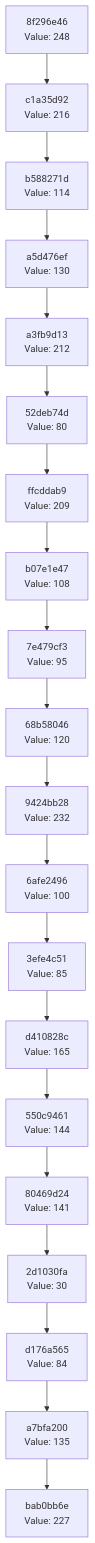
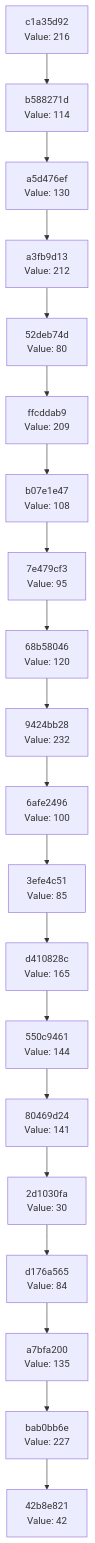
One commit to Abhisheksinha1506/hash-chain-evolver changed the diagram in docs/CHAIN_VISUALIZATION.md. Above: the diagram before and after it, drawn with Mermaid. The commit also changed 3 other files, not shown here.

````diff
--- a/docs/CHAIN_VISUALIZATION.md
+++ b/docs/CHAIN_VISUALIZATION.md
@@ -3,42 +3,42 @@
 ```mermaid
 graph TD
-    C0["bab0bb6e<br/>Value: 227"]
-    C1["a7bfa200<br/>Value: 135"]
+    C0["42b8e821<br/>Value: 42"]
+    C1["bab0bb6e<br/>Value: 227"]
     C1 --> C0
-    C2["d176a565<br/>Value: 84"]
+    C2["a7bfa200<br/>Value: 135"]
     C2 --> C1
-    C3["2d1030fa<br/>Value: 30"]
+    C3["d176a565<br/>Value: 84"]
     C3 --> C2
-    C4["80469d24<br/>Value: 141"]
+    C4["2d1030fa<br/>Value: 30"]
     C4 --> C3
-    C5["550c9461<br/>Value: 144"]
+    C5["80469d24<br/>Value: 141"]
     C5 --> C4
-    C6["d410828c<br/>Value: 165"]
+    C6["550c9461<br/>Value: 144"]
     C6 --> C5
-    C7["3efe4c51<br/>Value: 85"]
+    C7["d410828c<br/>Value: 165"]
     C7 --> C6
-    C8["6afe2496<br/>Value: 100"]
+    C8["3efe4c51<br/>Value: 85"]
     C8 --> C7
-    C9["9424bb28<br/>Value: 232"]
+    C9["6afe2496<br/>Value: 100"]
     C9 --> C8
-    C10["68b58046<br/>Value: 120"]
+    C10["9424bb28<br/>Value: 232"]
     C10 --> C9
-    C11["7e479cf3<br/>Value: 95"]
+    C11["68b58046<br/>Value: 120"]
     C11 --> C10
-    C12["b07e1e47<br/>Value: 108"]
+    C12["7e479cf3<br/>Value: 95"]
     C12 --> C11
-    C13["ffcddab9<br/>Value: 209"]
+    C13["b07e1e47<br/>Value: 108"]
     C13 --> C12
-    C14["52deb74d<br/>Value: 80"]
+    C14["ffcddab9<br/>Value: 209"]
     C14 --> C13
-    C15["a3fb9d13<br/>Value: 212"]
+    C15["52deb74d<br/>Value: 80"]
     C15 --> C14
-    C16["a5d476ef<br/>Value: 130"]
+    C16["a3fb9d13<br/>Value: 212"]
     C16 --> C15
-    C17["b588271d<br/>Value: 114"]
+    C17["a5d476ef<br/>Value: 130"]
     C17 --> C16
-    C18["c1a35d92<br/>Value: 216"]
+    C18["b588271d<br/>Value: 114"]
     C18 --> C17
-    C19["8f296e46<br/>Value: 248"]
+    C19["c1a35d92<br/>Value: 216"]
     C19 --> C18
 ```
````
